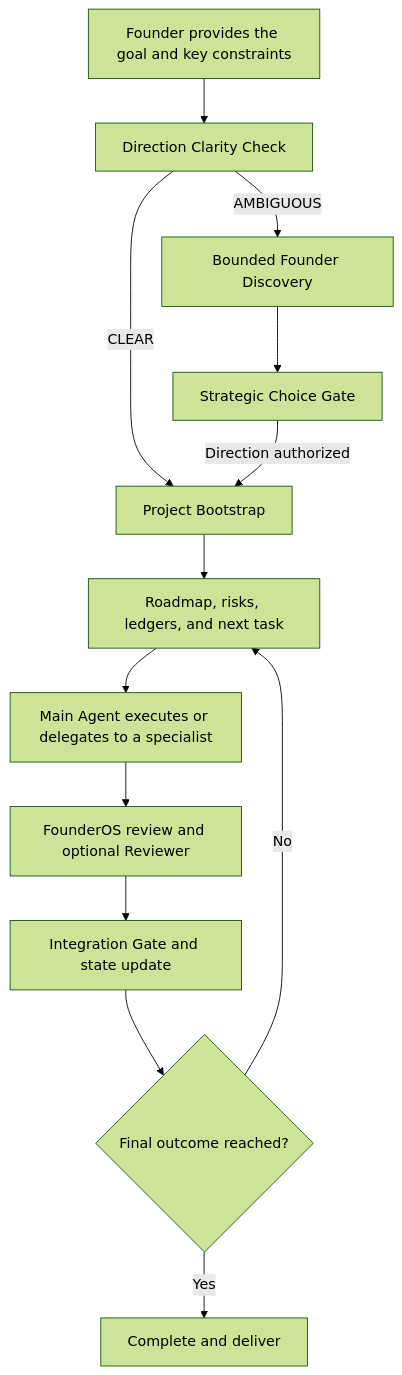
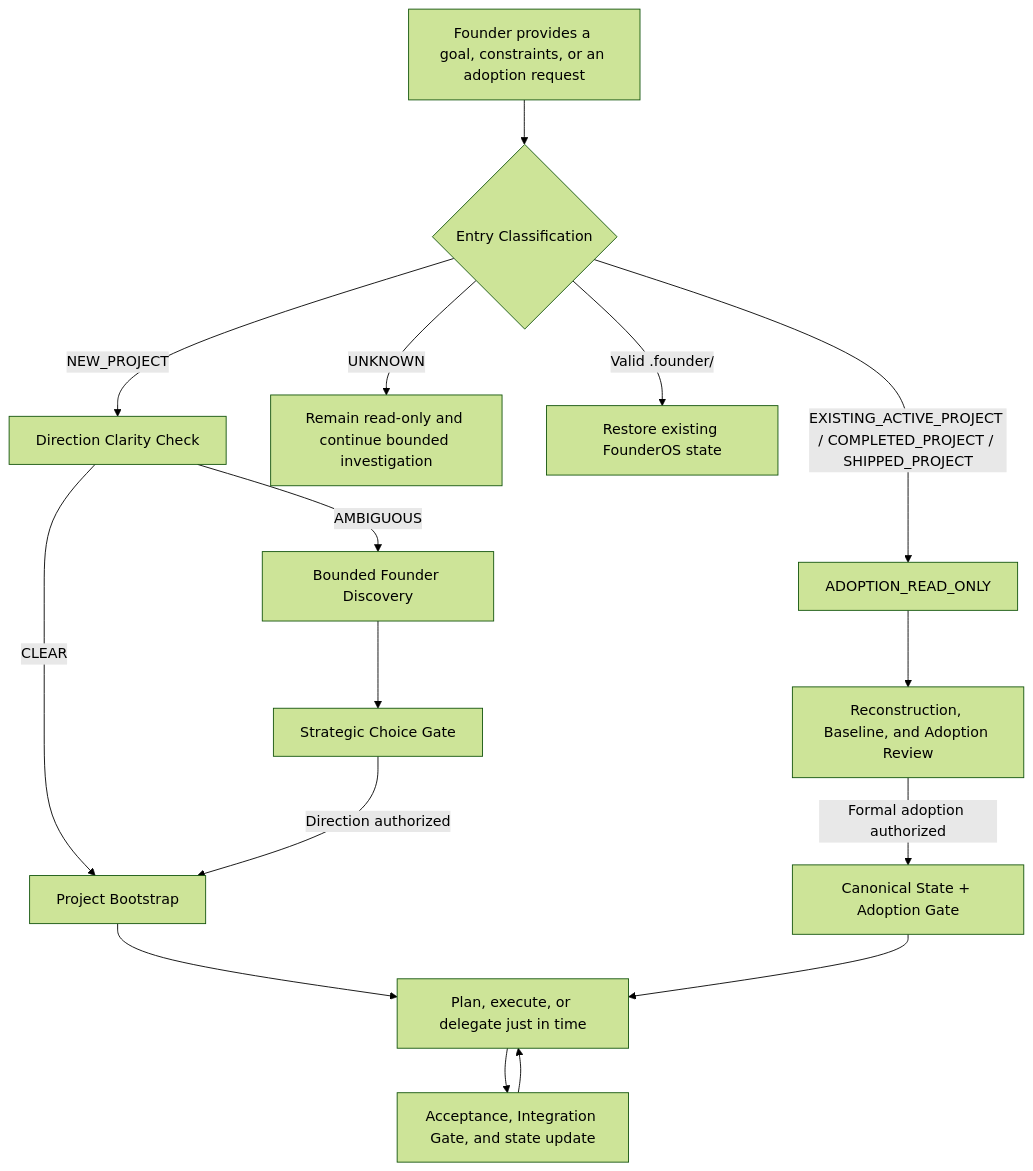
One commit to zhouczcz/founder-os changed the diagram in .github/README.en.md. Above: the diagram before and after it, drawn with Mermaid (forest theme). The commit also changed other lines of this file and 20 other files, not shown here.

Commit message:
release FounderOS V2.3 adoption mode

````diff
--- a/.github/README.en.md
+++ b/.github/README.en.md
@@ -40,15 +42,18 @@
 ```mermaid
 flowchart TD
-    A["Founder provides the goal and key constraints"] --> B["Direction Clarity Check"]
-    B -->|CLEAR| C["Project Bootstrap"]
-    B -->|AMBIGUOUS| D["Bounded Founder Discovery"]
-    D --> E["Strategic Choice Gate"]
-    E -->|Direction authorized| C
-    C --> F["Roadmap, risks, ledgers, and next task"]
-    F --> G["Main Agent executes or delegates to a specialist"]
-    G --> H["FounderOS review and optional Reviewer"]
-    H --> I["Integration Gate and state update"]
-    I --> J{"Final outcome reached?"}
-    J -->|No| F
-    J -->|Yes| K["Complete and deliver"]
+    A["Founder provides a goal, constraints, or an adoption request"] --> B{"Entry Classification"}
+    B -->|NEW_PROJECT| C["Direction Clarity Check"]
+    C -->|CLEAR| D["Project Bootstrap"]
+    C -->|AMBIGUOUS| E["Bounded Founder Discovery"]
+    E --> F["Strategic Choice Gate"]
+    F -->|Direction authorized| D
+    B -->|EXISTING_ACTIVE_PROJECT / COMPLETED_PROJECT / SHIPPED_PROJECT| G["ADOPTION_READ_ONLY"]
+    B -->|UNKNOWN| L["Remain read-only and continue bounded investigation"]
+    B -->|Valid .founder/| M["Restore existing FounderOS state"]
+    G --> H["Reconstruction, Baseline, and Adoption Review"]
+    H -->|Formal adoption authorized| I["Canonical State + Adoption Gate"]
+    D --> J["Plan, execute, or delegate just in time"]
+    I --> J
+    J --> K["Acceptance, Integration Gate, and state update"]
+    K --> J
 ```
````
